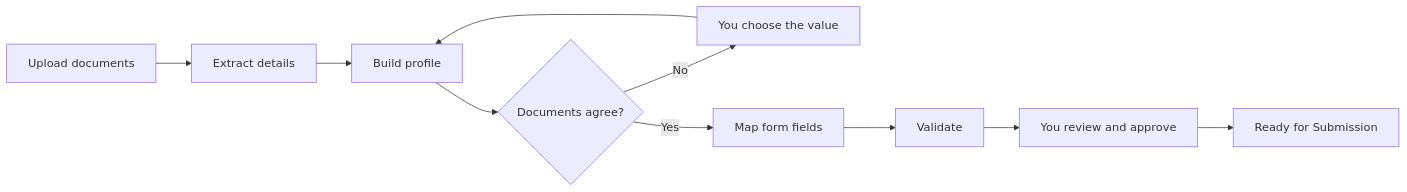
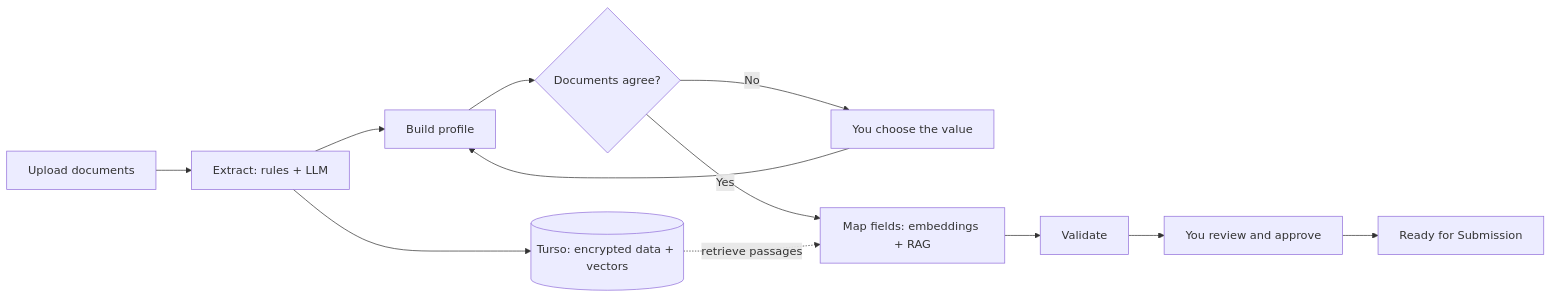
Before and after one commit to RiteshKumar2e/Formpilot: the diagram in README.md, drawn with Mermaid. The commit also changed other lines of this file and 45 other files, not shown here.

````diff
--- a/README.md
+++ b/README.md
@@ -72,12 +74,14 @@
 ```mermaid
 flowchart LR
-    A[Upload documents] --> B[Extract details]
+    A[Upload documents] --> B[Extract: rules + LLM]
+    B --> V[(Turso: encrypted data + vectors)]
     B --> C[Build profile]
     C --> D{Documents agree?}
     D -- No --> E[You choose the value]
     E --> C
-    D -- Yes --> F[Map form fields]
+    D -- Yes --> F[Map fields: embeddings + RAG]
+    V -. retrieve passages .-> F
     F --> G[Validate]
     G --> H[You review and approve]
     H --> I[Ready for Submission]
 ```
````
